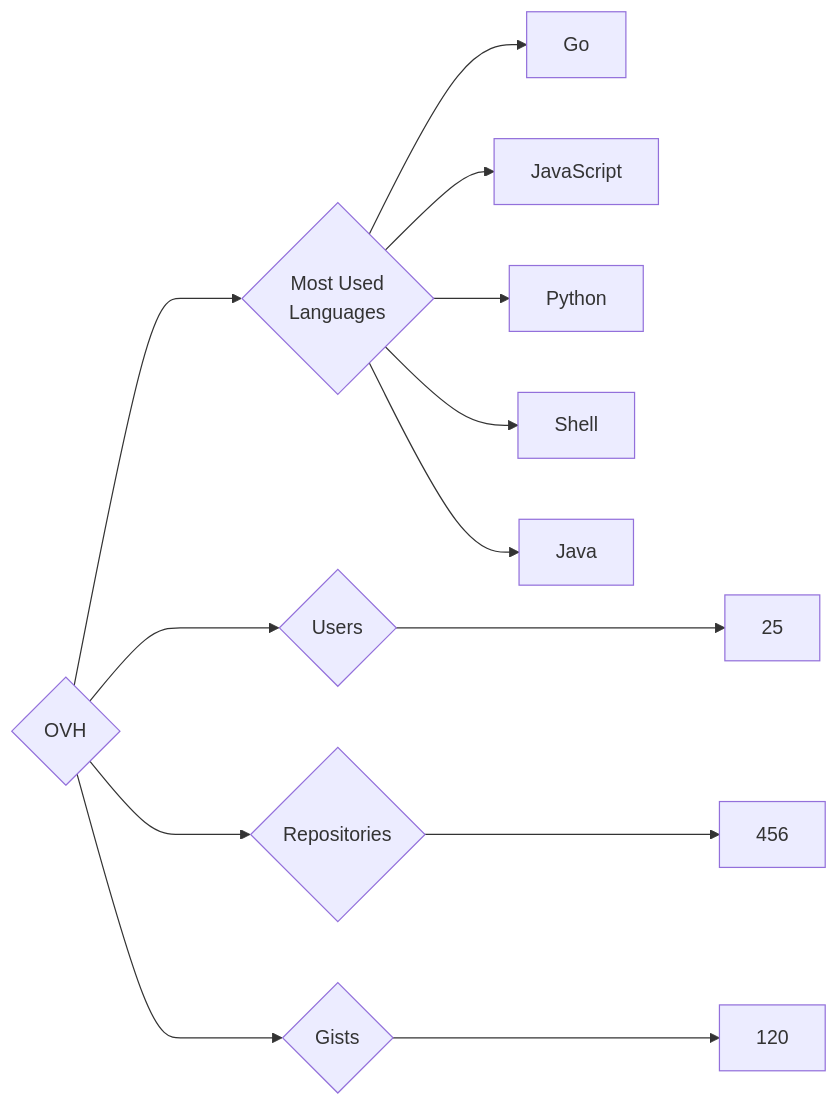
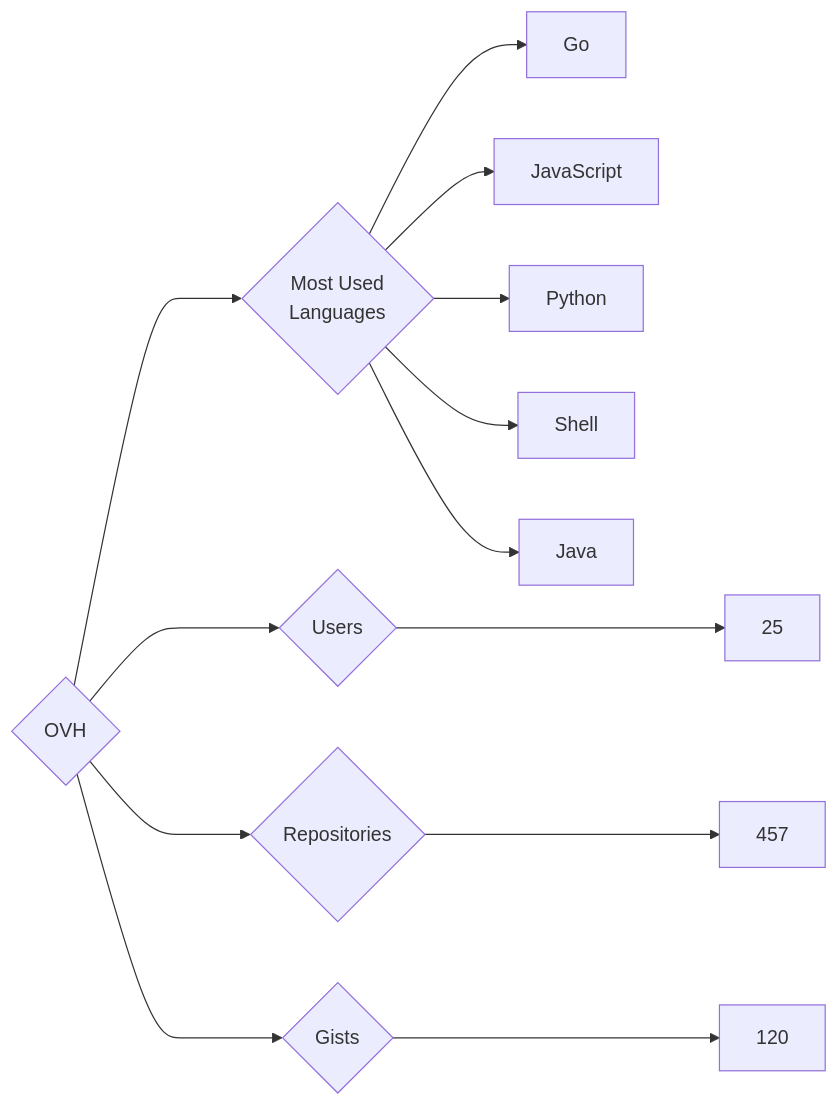
Before and after one commit to trickest/insiders: the diagram in targets/OVH/README.md, drawn with Mermaid. The commit also changed 806 other files, not shown here.

````diff
--- a/targets/OVH/README.md
+++ b/targets/OVH/README.md
@@ -3,13 +3,13 @@
 ```mermaid
 graph LR
 COMPANY_NAME{OVH}
 COMPANY_NAME ---> U{Users} ---> UN[25]
-COMPANY_NAME ---> R{Repositories} ---> RN[456]
+COMPANY_NAME ---> R{Repositories} ---> RN[457]
 COMPANY_NAME ---> G{Gists} ---> GN[120]
 COMPANY_NAME ---> ML{Most Used<br>Languages}
 ML --> Go[Go]
 ML --> JavaScript[JavaScript]
 ML --> Python[Python]
 ML --> Shell[Shell]
 ML --> Java[Java]
 ```
````
